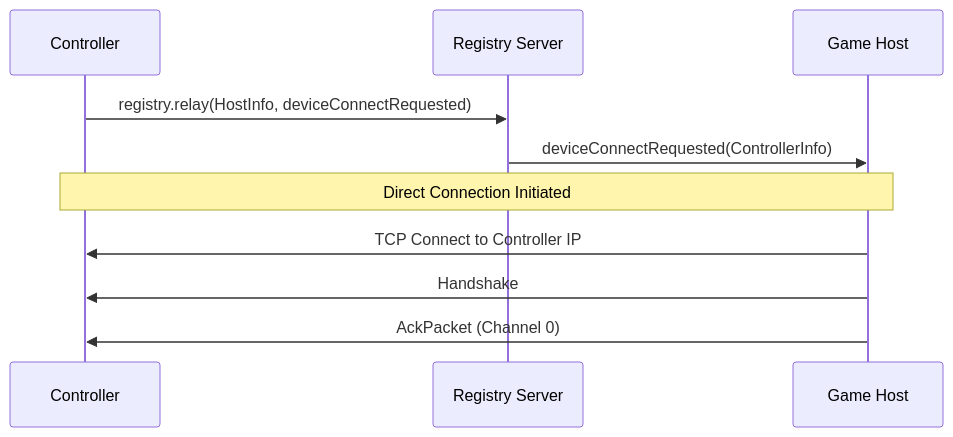
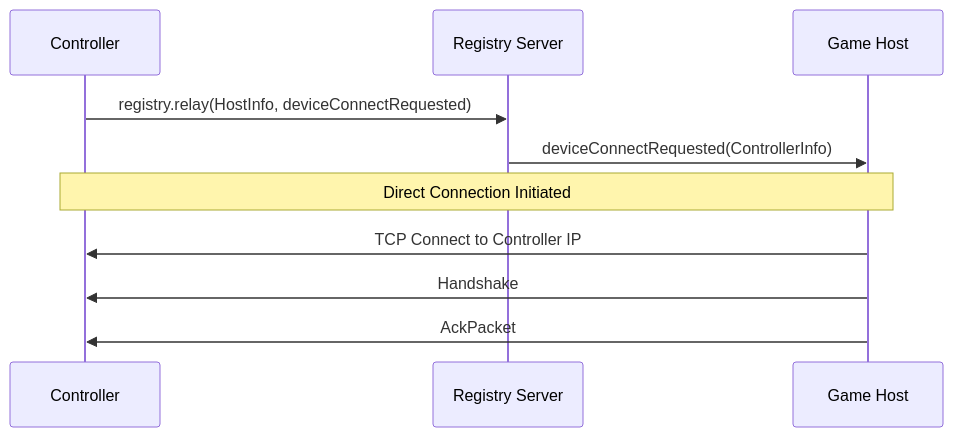
The diagram in docs/protocol/registry/relay.md (Retouched-Project/retouched-project), drawn with Mermaid before and after one commit. The commit also changed 29 other files, not shown here.

````diff
--- a/docs/protocol/registry/relay.md
+++ b/docs/protocol/registry/relay.md
@@ -33,14 +33,14 @@
 ```mermaid
 sequenceDiagram
     participant Controller
     participant Server as Registry Server
     participant Host as Game Host
 
     Controller->>Server: registry.relay(HostInfo, deviceConnectRequested)
     Server->>Host: deviceConnectRequested(ControllerInfo)
     
     note over Host,Controller: Direct Connection Initiated
     Host->>Controller: TCP Connect to Controller IP
     Host->>Controller: Handshake
-    Host->>Controller: AckPacket (Channel 0)
+    Host->>Controller: AckPacket
 ```
````
